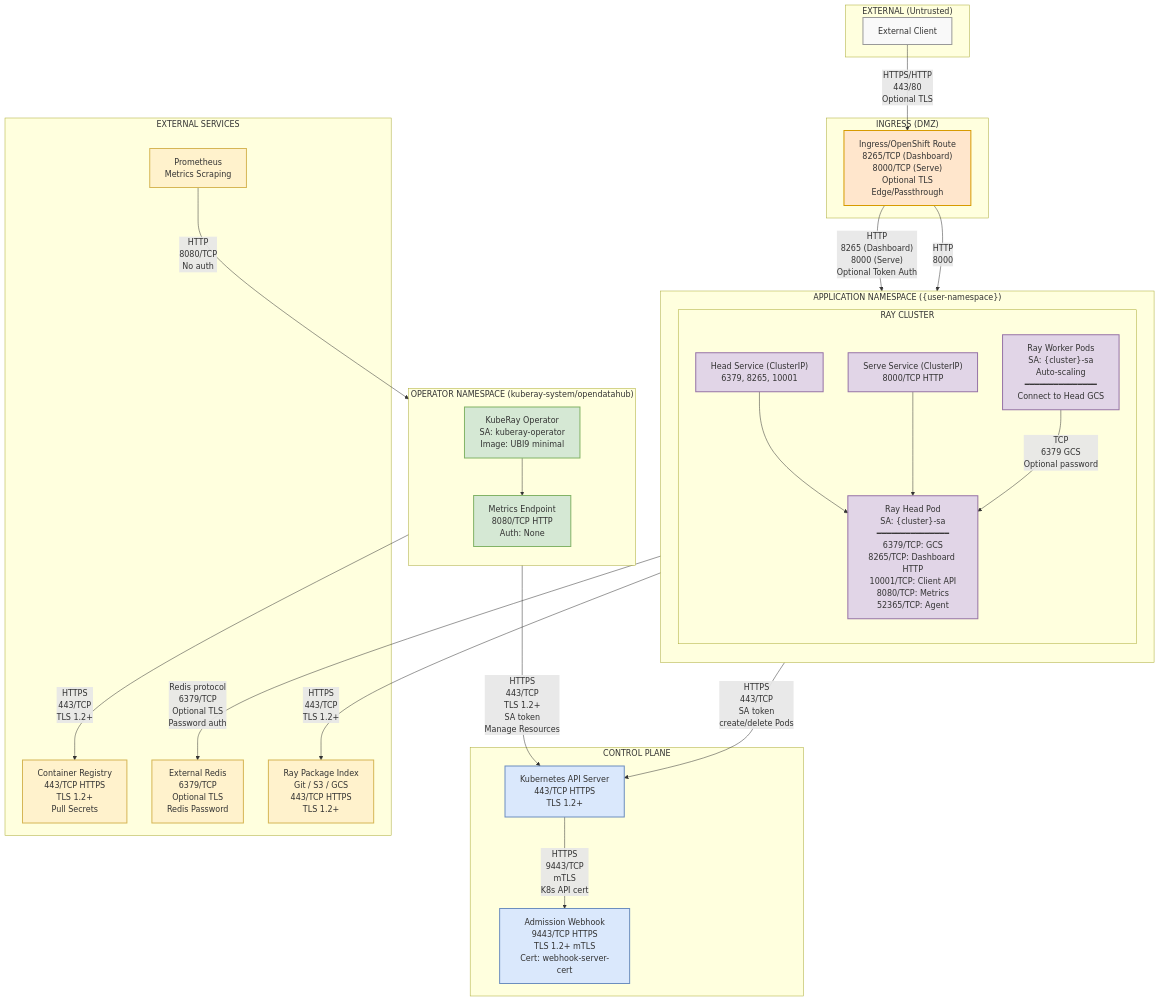
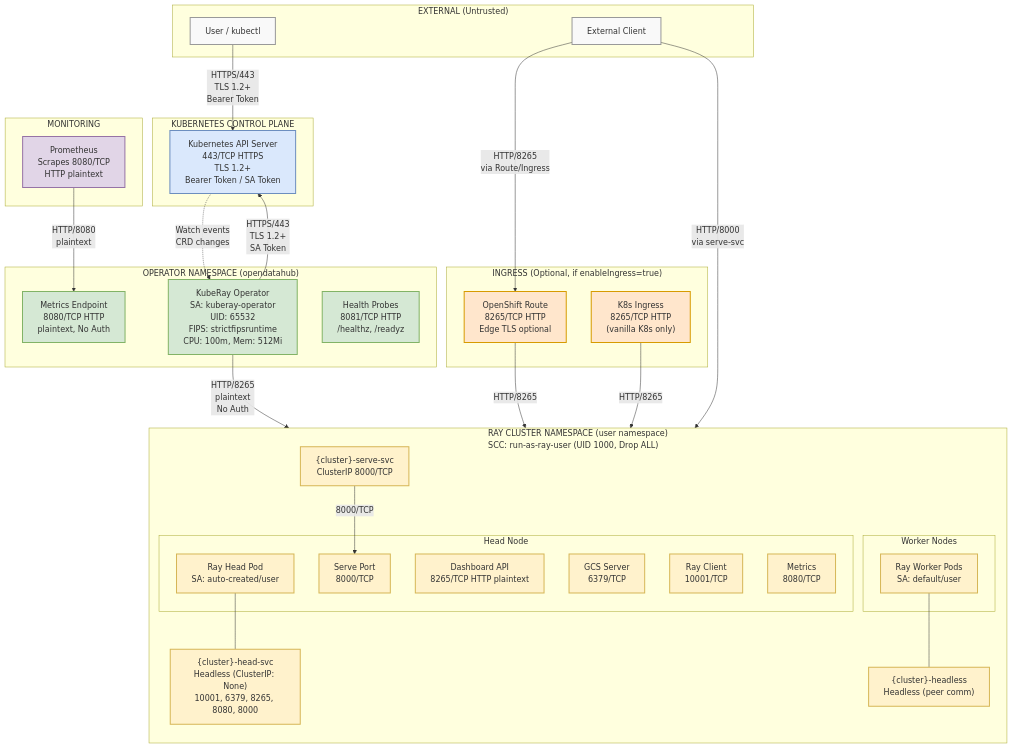
Before and after one commit to rhuss/architecture-context: the diagram in architecture/rhoai-2.25/diagrams/kuberay-security-network.mmd, drawn with Mermaid. The commit also changed 634 other files, not shown here.

```diff
--- a/architecture/rhoai-2.25/diagrams/kuberay-security-network.mmd
+++ b/architecture/rhoai-2.25/diagrams/kuberay-security-network.mmd
@@ -1,83 +1,87 @@
+%% KubeRay Operator - Security Network Diagram
+%% Generated by: Claude Opus 4.6
+
 graph TB
     subgraph External["EXTERNAL (Untrusted)"]
-        Client[External Client]
+        User["User / kubectl"]
+        ExtClient["External Client"]
     end
 
-    subgraph Ingress["INGRESS (DMZ)"]
-        IngressCtrl["Ingress/OpenShift Route<br/>8265/TCP (Dashboard)<br/>8000/TCP (Serve)<br/>Optional TLS<br/>Edge/Passthrough"]
+    subgraph ControlPlane["KUBERNETES CONTROL PLANE"]
+        K8sAPI["Kubernetes API Server<br/>443/TCP HTTPS<br/>TLS 1.2+<br/>Bearer Token / SA Token"]
     end
 
-    subgraph ControlPlane["CONTROL PLANE"]
-        K8sAPI["Kubernetes API Server<br/>443/TCP HTTPS<br/>TLS 1.2+"]
-        Webhook["Admission Webhook<br/>9443/TCP HTTPS<br/>TLS 1.2+ mTLS<br/>Cert: webhook-server-cert"]
+    subgraph OperatorNS["OPERATOR NAMESPACE (opendatahub)"]
+        Operator["KubeRay Operator<br/>SA: kuberay-operator<br/>UID: 65532<br/>FIPS: strictfipsruntime<br/>CPU: 100m, Mem: 512Mi"]
+        Metrics["Metrics Endpoint<br/>8080/TCP HTTP<br/>plaintext, No Auth"]
+        Health["Health Probes<br/>8081/TCP HTTP<br/>/healthz, /readyz"]
     end
 
-    subgraph OperatorNS["OPERATOR NAMESPACE (kuberay-system/opendatahub)"]
+    subgraph RayNS["RAY CLUSTER NAMESPACE (user namespace)<br/>SCC: run-as-ray-user (UID 1000, Drop ALL)"]
         direction TB
 
-        Operator["KubeRay Operator<br/>SA: kuberay-operator<br/>Image: UBI9 minimal"]
-        Metrics["Metrics Endpoint<br/>8080/TCP HTTP<br/>Auth: None"]
-        Operator --> Metrics
+        subgraph HeadGroup["Head Node"]
+            RayHead["Ray Head Pod<br/>SA: auto-created/user"]
+            Dashboard["Dashboard API<br/>8265/TCP HTTP plaintext"]
+            GCS["GCS Server<br/>6379/TCP"]
+            RayClient["Ray Client<br/>10001/TCP"]
+            HeadServe["Serve Port<br/>8000/TCP"]
+            HeadMetrics["Metrics<br/>8080/TCP"]
+        end
+
+        subgraph WorkerGroup["Worker Nodes"]
+            Workers["Ray Worker Pods<br/>SA: default/user"]
+        end
+
+        HeadSvc["{cluster}-head-svc<br/>Headless (ClusterIP: None)<br/>10001, 6379, 8265, 8080, 8000"]
+        ServeSvc["{cluster}-serve-svc<br/>ClusterIP 8000/TCP"]
+        HeadlessSvc["{cluster}-headless<br/>Headless (peer comm)"]
     end
 
-    subgraph AppNS["APPLICATION NAMESPACE ({user-namespace})"]
-        direction TB
-
-        subgraph RayCluster["RAY CLUSTER"]
-            direction TB
-
-            HeadPod["Ray Head Pod<br/>SA: {cluster}-sa<br/>━━━━━━━━━━━━━━━<br/>6379/TCP: GCS<br/>8265/TCP: Dashboard HTTP<br/>10001/TCP: Client API<br/>8080/TCP: Metrics<br/>52365/TCP: Agent"]
-
-            WorkerPods["Ray Worker Pods<br/>SA: {cluster}-sa<br/>Auto-scaling<br/>━━━━━━━━━━━━━━━<br/>Connect to Head GCS"]
-
-            HeadSvc["Head Service (ClusterIP)<br/>6379, 8265, 10001"]
-            ServeSvc["Serve Service (ClusterIP)<br/>8000/TCP HTTP"]
-        end
+    subgraph IngressZone["INGRESS (Optional, if enableIngress=true)"]
+        Route["OpenShift Route<br/>8265/TCP HTTP<br/>Edge TLS optional"]
+        Ingress["K8s Ingress<br/>8265/TCP HTTP<br/>(vanilla K8s only)"]
     end
 
-    subgraph ExternalSvc["EXTERNAL SERVICES"]
-        Redis["External Redis<br/>6379/TCP<br/>Optional TLS<br/>Redis Password"]
-        Registry["Container Registry<br/>443/TCP HTTPS<br/>TLS 1.2+<br/>Pull Secrets"]
-        PackageIndex["Ray Package Index<br/>Git / S3 / GCS<br/>443/TCP HTTPS<br/>TLS 1.2+"]
-        Prometheus["Prometheus<br/>Metrics Scraping"]
+    subgraph Monitoring["MONITORING"]
+        Prometheus["Prometheus<br/>Scrapes 8080/TCP<br/>HTTP plaintext"]
     end
 
-    %% External Client flows
-    Client -->|"HTTPS/HTTP<br/>443/80<br/>Optional TLS"| IngressCtrl
-    IngressCtrl -->|"HTTP<br/>8265 (Dashboard)<br/>8000 (Serve)<br/>Optional Token Auth"| HeadSvc
-    IngressCtrl -->|"HTTP<br/>8000"| ServeSvc
+    %% External flows
+    User -->|"HTTPS/443<br/>TLS 1.2+<br/>Bearer Token"| K8sAPI
+    ExtClient -->|"HTTP/8265<br/>via Route/Ingress"| Route
+    ExtClient -->|"HTTP/8000<br/>via serve-svc"| ServeSvc
 
-    %% Control Plane flows
-    K8sAPI -->|"HTTPS<br/>9443/TCP<br/>mTLS<br/>K8s API cert"| Webhook
-    Operator -->|"HTTPS<br/>443/TCP<br/>TLS 1.2+<br/>SA token<br/>Manage Resources"| K8sAPI
+    %% Control plane to operator
+    K8sAPI -.->|"Watch events<br/>CRD changes"| Operator
 
-    %% Service routing
-    HeadSvc --> HeadPod
-    ServeSvc --> HeadPod
+    %% Operator egress
+    Operator -->|"HTTPS/443<br/>TLS 1.2+<br/>SA Token"| K8sAPI
+    Operator -->|"HTTP/8265<br/>plaintext<br/>No Auth"| Dashboard
 
-    %% Ray cluster internal communication
-    WorkerPods -->|"TCP<br/>6379 GCS<br/>Optional password"| HeadPod
+    %% Ingress to Ray
+    Route -->|"HTTP/8265"| Dashboard
+    Ingress -->|"HTTP/8265"| Dashboard
 
-    %% Autoscaling
-    HeadPod -->|"HTTPS<br/>443/TCP<br/>SA token<br/>create/delete Pods"| K8sAPI
+    %% Monitoring
+    Prometheus -->|"HTTP/8080<br/>plaintext"| Metrics
 
-    %% External dependencies
-    HeadPod -->|"Redis protocol<br/>6379/TCP<br/>Optional TLS<br/>Password auth"| Redis
-    Operator -->|"HTTPS<br/>443/TCP<br/>TLS 1.2+"| Registry
-    HeadPod -->|"HTTPS<br/>443/TCP<br/>TLS 1.2+"| PackageIndex
-    Prometheus -->|"HTTP<br/>8080/TCP<br/>No auth"| Metrics
+    %% Internal Ray cluster
+    RayHead --- HeadSvc
+    Workers --- HeadlessSvc
+    ServeSvc -->|"8000/TCP"| HeadServe
 
     %% Styling
     classDef external fill:#f9f9f9,stroke:#999,stroke-width:2px
-    classDef ingress fill:#ffe6cc,stroke:#d79b00,stroke-width:2px
     classDef controlplane fill:#dae8fc,stroke:#6c8ebf,stroke-width:2px
     classDef operator fill:#d5e8d4,stroke:#82b366,stroke-width:2px
-    classDef rayapp fill:#e1d5e7,stroke:#9673a6,stroke-width:2px
-    classDef externalsvc fill:#fff2cc,stroke:#d6b656,stroke-width:2px
+    classDef raycluster fill:#fff2cc,stroke:#d6b656,stroke-width:2px
+    classDef ingress fill:#ffe6cc,stroke:#d79b00,stroke-width:2px
+    classDef monitoring fill:#e1d5e7,stroke:#9673a6,stroke-width:2px
 
-    class Client external
-    class IngressCtrl ingress
-    class K8sAPI,Webhook controlplane
-    class Operator,Metrics operator
-    class HeadPod,WorkerPods,HeadSvc,ServeSvc rayapp
-    class Redis,Registry,PackageIndex,Prometheus externalsvc
+    class User,ExtClient external
+    class K8sAPI controlplane
+    class Operator,Metrics,Health operator
+    class RayHead,Dashboard,GCS,RayClient,HeadServe,HeadMetrics,Workers,HeadSvc,ServeSvc,HeadlessSvc raycluster
+    class Route,Ingress ingress
+    class Prometheus monitoring
```
